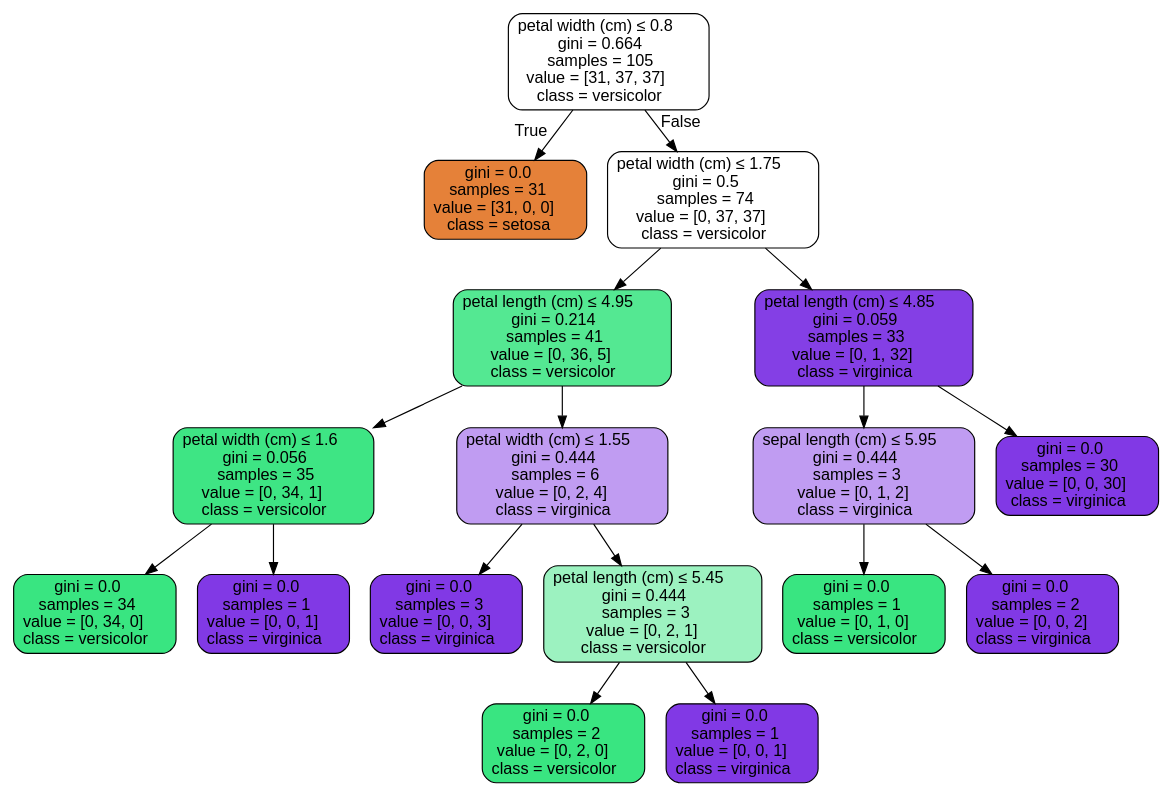
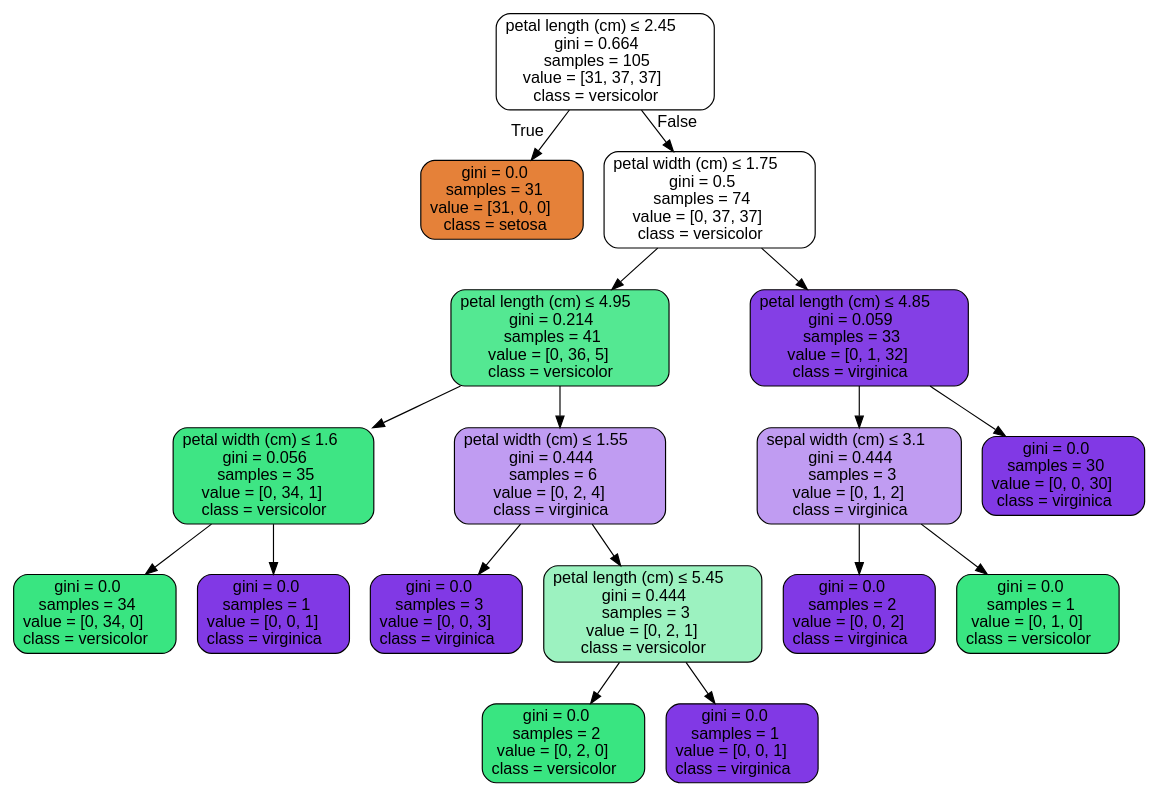
One commit to aldantas/ml_minicurso changed the diagram in hello/tree.dot. Above: the diagram before and after it, drawn with Graphviz. The commit also changed 18 other files, not shown here.

```diff
--- a/hello/tree.dot
+++ b/hello/tree.dot
@@ -1,37 +1,37 @@
 digraph Tree {
 node [shape=box, style="filled, rounded", color="black", fontname=helvetica] ;
 edge [fontname=helvetica] ;
-0 [label=<petal width (cm) &le; 0.8<br/>gini = 0.664<br/>samples = 105<br/>value = [31, 37, 37]<br/>class = versicolor>, fillcolor="#39e58100"] ;
+0 [label=<petal length (cm) &le; 2.45<br/>gini = 0.664<br/>samples = 105<br/>value = [31, 37, 37]<br/>class = versicolor>, fillcolor="#39e58100"] ;
 1 [label=<gini = 0.0<br/>samples = 31<br/>value = [31, 0, 0]<br/>class = setosa>, fillcolor="#e58139ff"] ;
 0 -> 1 [labeldistance=2.5, labelangle=45, headlabel="True"] ;
 2 [label=<petal width (cm) &le; 1.75<br/>gini = 0.5<br/>samples = 74<br/>value = [0, 37, 37]<br/>class = versicolor>, fillcolor="#39e58100"] ;
 0 -> 2 [labeldistance=2.5, labelangle=-45, headlabel="False"] ;
 3 [label=<petal length (cm) &le; 4.95<br/>gini = 0.214<br/>samples = 41<br/>value = [0, 36, 5]<br/>class = versicolor>, fillcolor="#39e581dc"] ;
 2 -> 3 ;
 4 [label=<petal width (cm) &le; 1.6<br/>gini = 0.056<br/>samples = 35<br/>value = [0, 34, 1]<br/>class = versicolor>, fillcolor="#39e581f8"] ;
 3 -> 4 ;
 5 [label=<gini = 0.0<br/>samples = 34<br/>value = [0, 34, 0]<br/>class = versicolor>, fillcolor="#39e581ff"] ;
 4 -> 5 ;
 6 [label=<gini = 0.0<br/>samples = 1<br/>value = [0, 0, 1]<br/>class = virginica>, fillcolor="#8139e5ff"] ;
 4 -> 6 ;
 7 [label=<petal width (cm) &le; 1.55<br/>gini = 0.444<br/>samples = 6<br/>value = [0, 2, 4]<br/>class = virginica>, fillcolor="#8139e57f"] ;
 3 -> 7 ;
 8 [label=<gini = 0.0<br/>samples = 3<br/>value = [0, 0, 3]<br/>class = virginica>, fillcolor="#8139e5ff"] ;
 7 -> 8 ;
 9 [label=<petal length (cm) &le; 5.45<br/>gini = 0.444<br/>samples = 3<br/>value = [0, 2, 1]<br/>class = versicolor>, fillcolor="#39e5817f"] ;
 7 -> 9 ;
 10 [label=<gini = 0.0<br/>samples = 2<br/>value = [0, 2, 0]<br/>class = versicolor>, fillcolor="#39e581ff"] ;
 9 -> 10 ;
 11 [label=<gini = 0.0<br/>samples = 1<br/>value = [0, 0, 1]<br/>class = virginica>, fillcolor="#8139e5ff"] ;
 9 -> 11 ;
 12 [label=<petal length (cm) &le; 4.85<br/>gini = 0.059<br/>samples = 33<br/>value = [0, 1, 32]<br/>class = virginica>, fillcolor="#8139e5f7"] ;
 2 -> 12 ;
-13 [label=<sepal length (cm) &le; 5.95<br/>gini = 0.444<br/>samples = 3<br/>value = [0, 1, 2]<br/>class = virginica>, fillcolor="#8139e57f"] ;
+13 [label=<sepal width (cm) &le; 3.1<br/>gini = 0.444<br/>samples = 3<br/>value = [0, 1, 2]<br/>class = virginica>, fillcolor="#8139e57f"] ;
 12 -> 13 ;
-14 [label=<gini = 0.0<br/>samples = 1<br/>value = [0, 1, 0]<br/>class = versicolor>, fillcolor="#39e581ff"] ;
+14 [label=<gini = 0.0<br/>samples = 2<br/>value = [0, 0, 2]<br/>class = virginica>, fillcolor="#8139e5ff"] ;
 13 -> 14 ;
-15 [label=<gini = 0.0<br/>samples = 2<br/>value = [0, 0, 2]<br/>class = virginica>, fillcolor="#8139e5ff"] ;
+15 [label=<gini = 0.0<br/>samples = 1<br/>value = [0, 1, 0]<br/>class = versicolor>, fillcolor="#39e581ff"] ;
 13 -> 15 ;
 16 [label=<gini = 0.0<br/>samples = 30<br/>value = [0, 0, 30]<br/>class = virginica>, fillcolor="#8139e5ff"] ;
 12 -> 16 ;
 }
```
